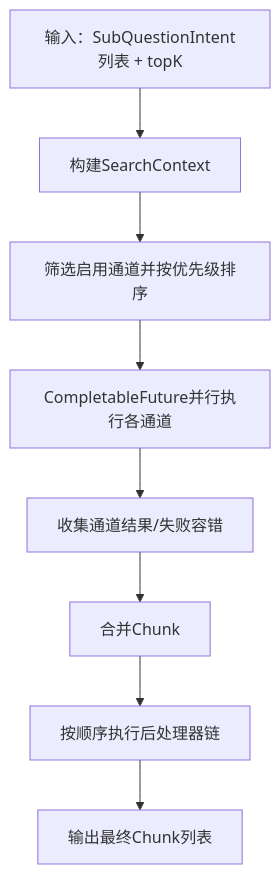
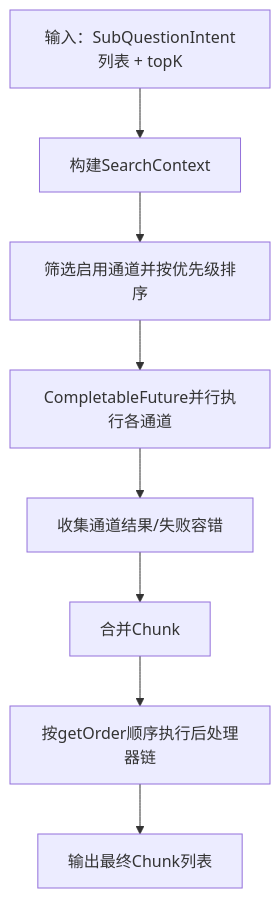
One commit to ajaxpppp/Sage-RAG changed the third of 7 diagrams in docs/Ragent业务详解.md. Above: the diagram before and after it, drawn with Mermaid. The commit also changed other lines of this file and 23 other files, not shown here.

````diff
--- a/docs/Ragent业务详解.md
+++ b/docs/Ragent业务详解.md
@@ -93,10 +132,10 @@
 ```mermaid
 flowchart TD
     A[输入：SubQuestionIntent列表 + topK] --> B[构建SearchContext]
     B --> C[筛选启用通道并按优先级排序]
     C --> D[CompletableFuture并行执行各通道]
     D --> E[收集通道结果/失败容错]
     E --> F[合并Chunk]
-    F --> G[按顺序执行后处理器链]
+    F --> G[按getOrder顺序执行后处理器链]
     G --> H[输出最终Chunk列表]
 ```
````
